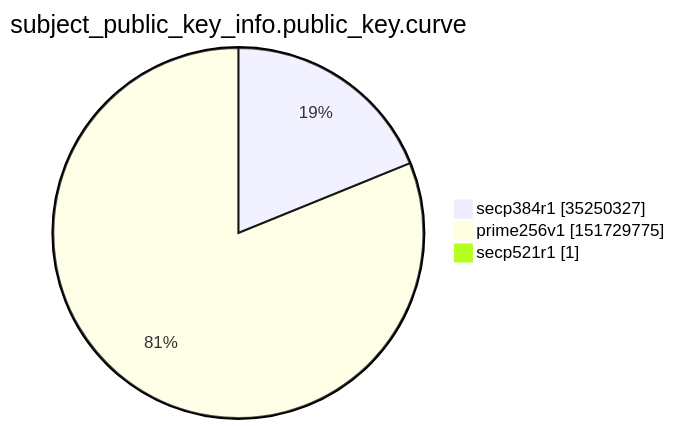
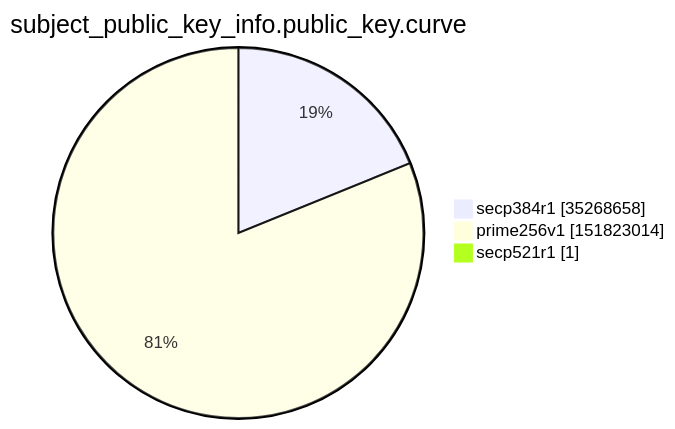
Before and after one commit to christiankrug/ctmonitor_visualization: the ninth of 15 diagrams in argon2022/README.md, drawn with Mermaid. The commit also changed other lines of this file, not shown here.

````diff
--- a/argon2022/README.md
+++ b/argon2022/README.md
@@ -2765,7 +2765,7 @@
 ```mermaid
 pie showData
 title subject_public_key_info.public_key.curve
-"secp384r1" :35250327
-"prime256v1" :151729775
+"secp384r1" :35268658
+"prime256v1" :151823014
 "secp521r1" :1
 ```
````
